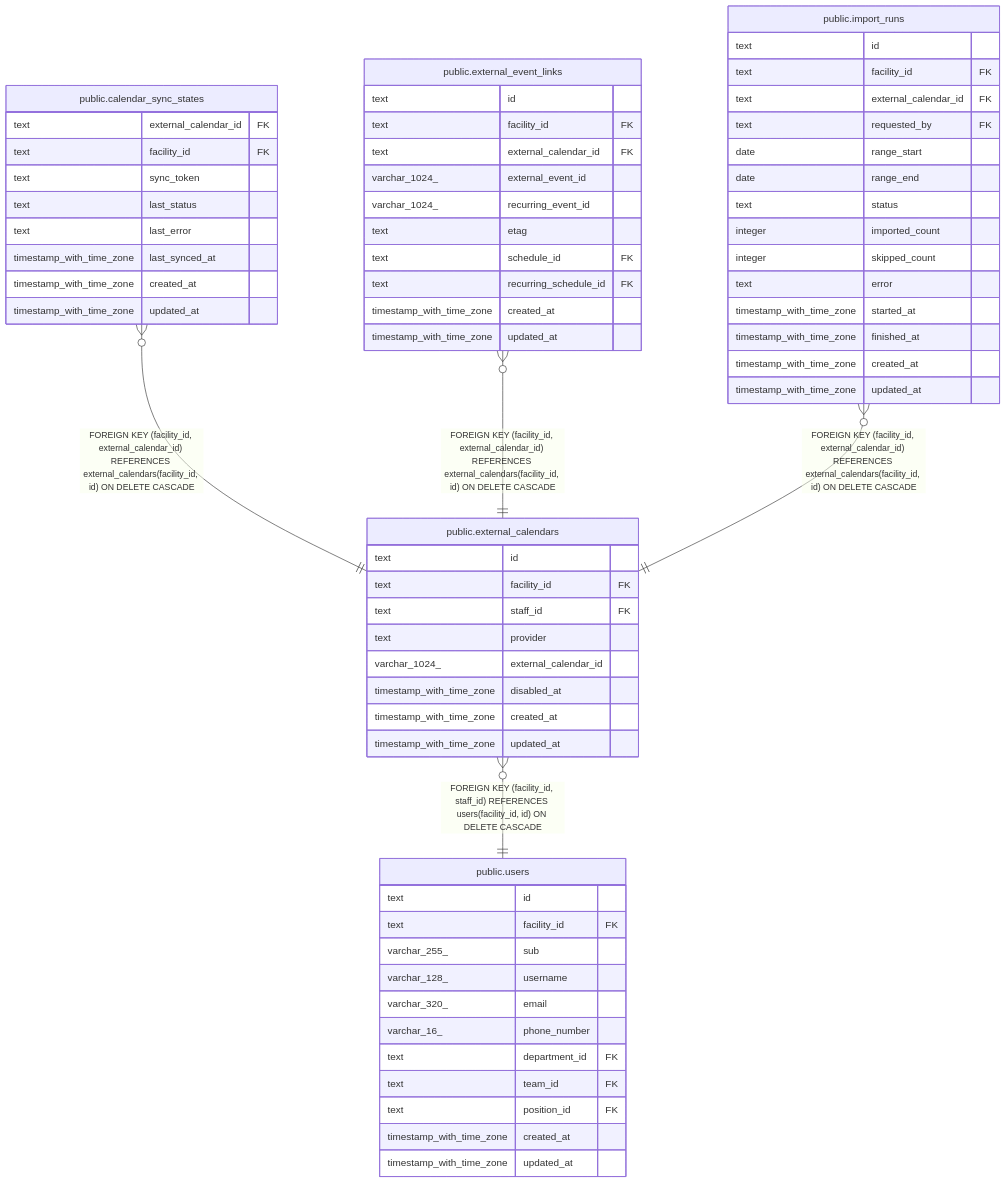
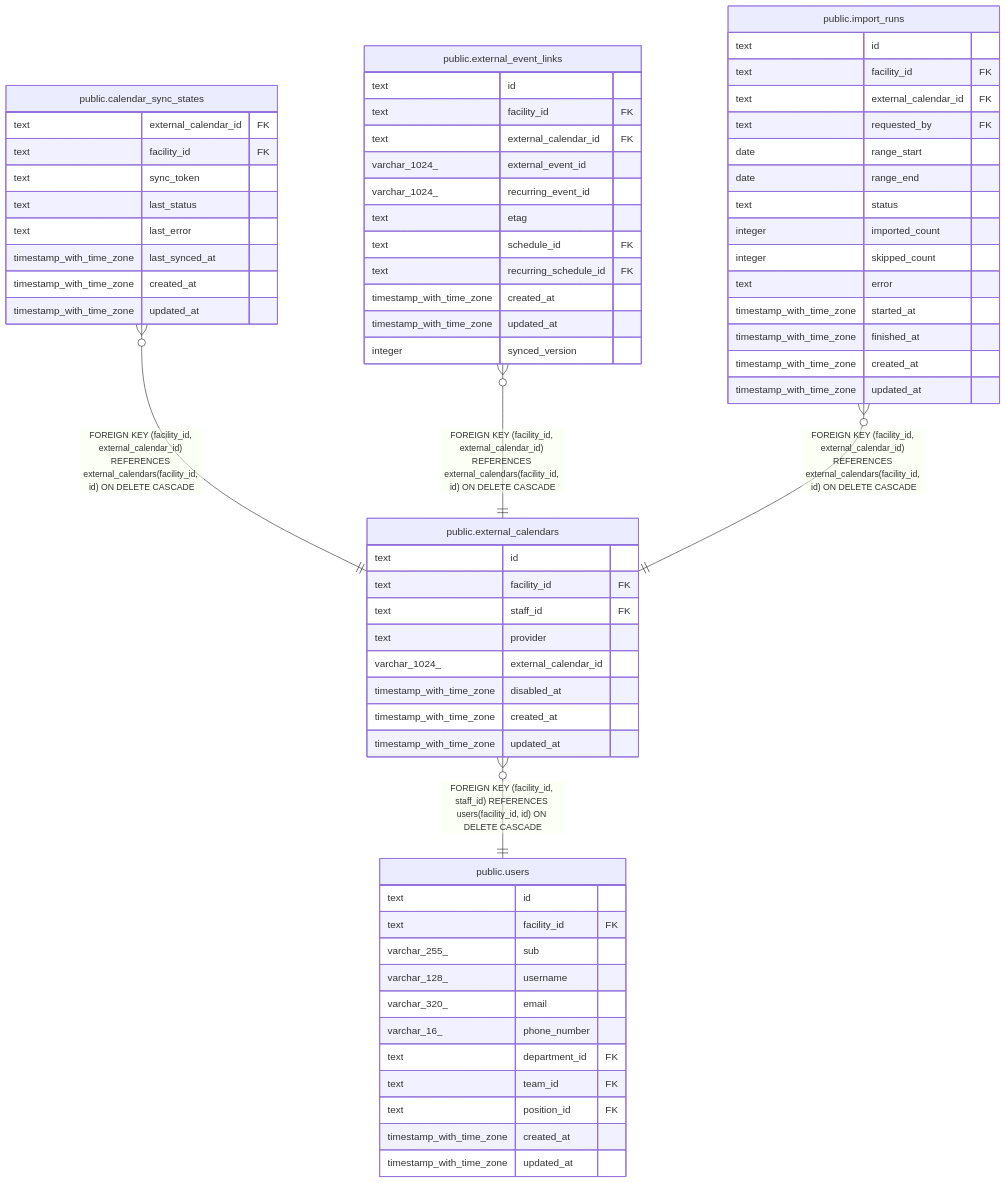
Before and after one commit to Fukuemon/buddy: the diagram in docs/db/schedule-api/public.external_calendars.md, drawn with Mermaid. The commit also changed other lines of this file and 68 other files, not shown here.

````diff
--- a/docs/db/schedule-api/public.external_calendars.md
+++ b/docs/db/schedule-api/public.external_calendars.md
@@ -62,70 +62,71 @@
 ```mermaid
 erDiagram
 
 "public.calendar_sync_states" }o--|| "public.external_calendars" : "FOREIGN KEY (facility_id, external_calendar_id) REFERENCES external_calendars(facility_id, id) ON DELETE CASCADE"
 "public.external_event_links" }o--|| "public.external_calendars" : "FOREIGN KEY (facility_id, external_calendar_id) REFERENCES external_calendars(facility_id, id) ON DELETE CASCADE"
 "public.import_runs" }o--|| "public.external_calendars" : "FOREIGN KEY (facility_id, external_calendar_id) REFERENCES external_calendars(facility_id, id) ON DELETE CASCADE"
 "public.external_calendars" }o--|| "public.users" : "FOREIGN KEY (facility_id, staff_id) REFERENCES users(facility_id, id) ON DELETE CASCADE"
 
 "public.external_calendars" {
   text id
   text facility_id FK
   text staff_id FK
   text provider
   varchar_1024_ external_calendar_id
   timestamp_with_time_zone disabled_at
   timestamp_with_time_zone created_at
   timestamp_with_time_zone updated_at
 }
 "public.calendar_sync_states" {
   text external_calendar_id FK
   text facility_id FK
   text sync_token
   text last_status
   text last_error
   timestamp_with_time_zone last_synced_at
   timestamp_with_time_zone created_at
   timestamp_with_time_zone updated_at
 }
 "public.external_event_links" {
   text id
   text facility_id FK
   text external_calendar_id FK
   varchar_1024_ external_event_id
   varchar_1024_ recurring_event_id
   text etag
   text schedule_id FK
   text recurring_schedule_id FK
   timestamp_with_time_zone created_at
   timestamp_with_time_zone updated_at
+  integer synced_version
 }
 "public.import_runs" {
   text id
   text facility_id FK
   text external_calendar_id FK
   text requested_by FK
   date range_start
   date range_end
   text status
   integer imported_count
   integer skipped_count
   text error
   timestamp_with_time_zone started_at
   timestamp_with_time_zone finished_at
   timestamp_with_time_zone created_at
   timestamp_with_time_zone updated_at
 }
 "public.users" {
   text id
   text facility_id FK
   varchar_255_ sub
   varchar_128_ username
   varchar_320_ email
   varchar_16_ phone_number
   text department_id FK
   text team_id FK
   text position_id FK
   timestamp_with_time_zone created_at
   timestamp_with_time_zone updated_at
 }
 ```
````
